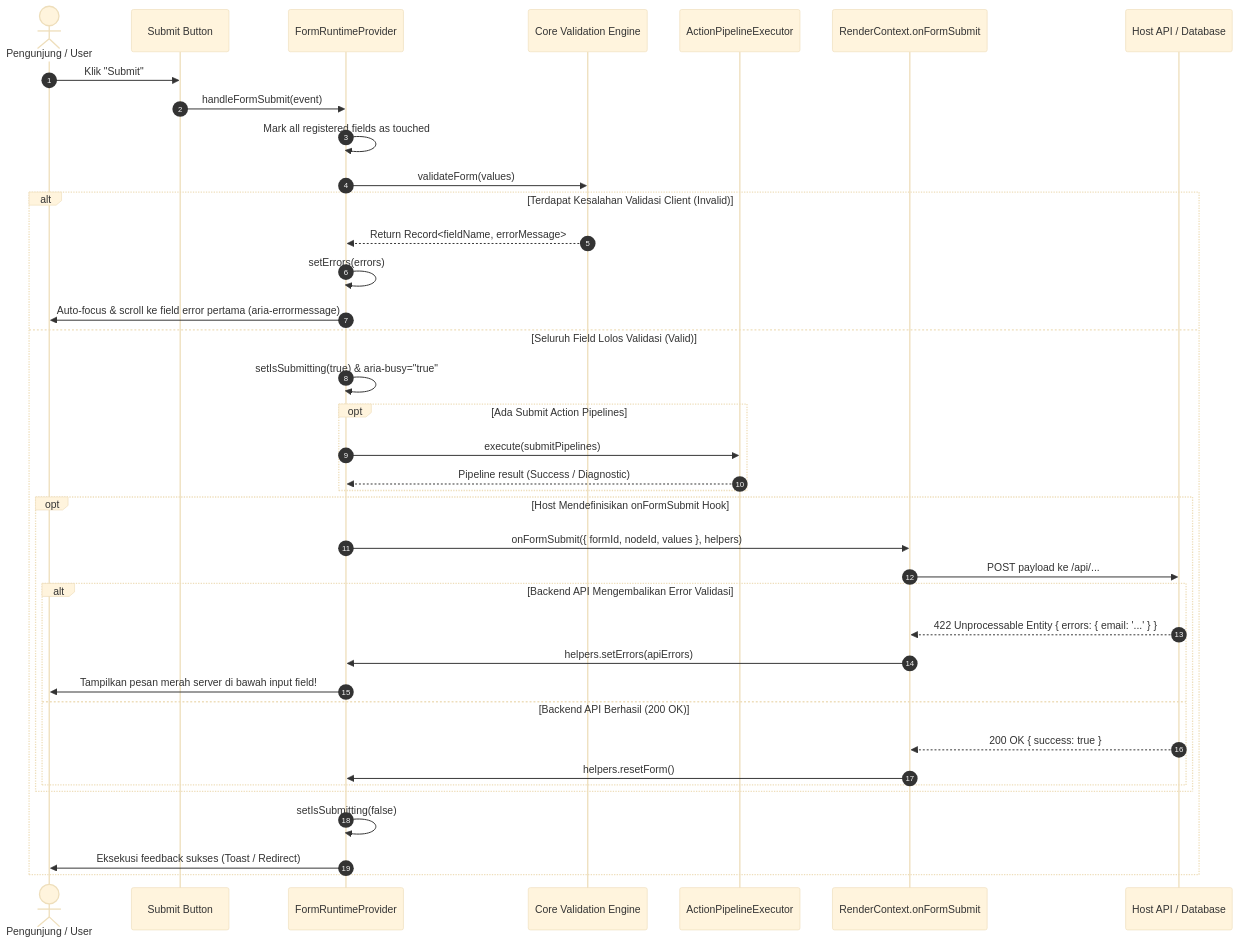
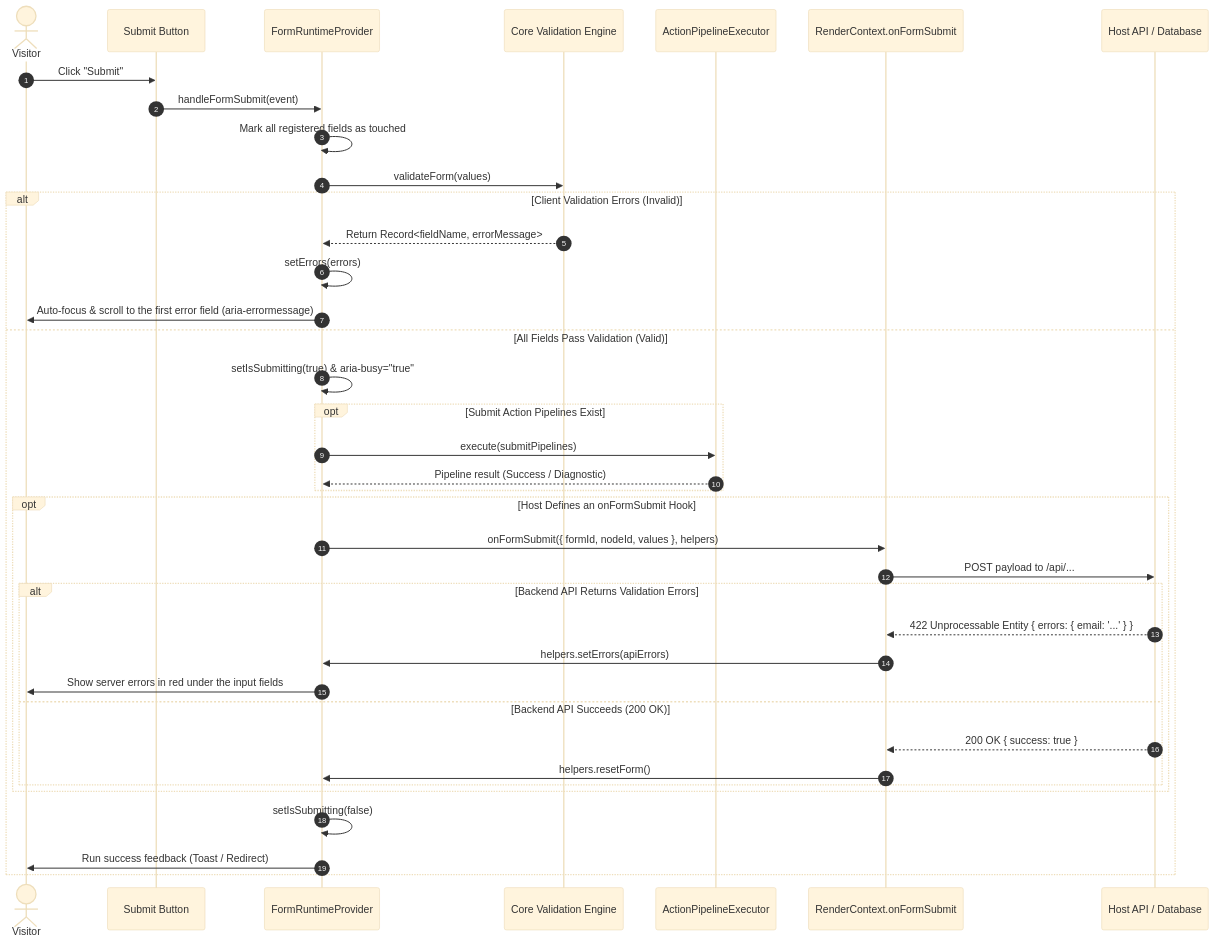
The second of 3 diagrams in apps/docs/content/docs/guides/forms-and-actions.mdx (kustora/kubuild), drawn with Mermaid (base theme) before and after one commit. The commit also changed other lines of this file and 43 other files, not shown here.

````diff
--- a/apps/docs/content/docs/guides/forms-and-actions.mdx
+++ b/apps/docs/content/docs/guides/forms-and-actions.mdx
@@ -378,45 +378,45 @@
 ```mermaid
 sequenceDiagram
     autonumber
-    actor User as Pengunjung / User
+    actor User as Visitor
     participant Button as Submit Button
     participant FormRuntime as FormRuntimeProvider
     participant Validator as Core Validation Engine
     participant ActionPipeline as ActionPipelineExecutor
     participant HostHook as RenderContext.onFormSubmit
     participant HostAPI as Host API / Database
 
-    User->>Button: Klik "Submit"
+    User->>Button: Click "Submit"
     Button->>FormRuntime: handleFormSubmit(event)
     FormRuntime->>FormRuntime: Mark all registered fields as touched
     FormRuntime->>Validator: validateForm(values)
     
-    alt Terdapat Kesalahan Validasi Client (Invalid)
+    alt Client Validation Errors (Invalid)
         Validator-->>FormRuntime: Return Record<fieldName, errorMessage>
         FormRuntime->>FormRuntime: setErrors(errors)
-        FormRuntime->>User: Auto-focus & scroll ke field error pertama (aria-errormessage)
-    else Seluruh Field Lolos Validasi (Valid)
+        FormRuntime->>User: Auto-focus & scroll to the first error field (aria-errormessage)
+    else All Fields Pass Validation (Valid)
         FormRuntime->>FormRuntime: setIsSubmitting(true) & aria-busy="true"
         
-        opt Ada Submit Action Pipelines
+        opt Submit Action Pipelines Exist
             FormRuntime->>ActionPipeline: execute(submitPipelines)
             ActionPipeline-->>FormRuntime: Pipeline result (Success / Diagnostic)
         end
         
-        opt Host Mendefinisikan onFormSubmit Hook
+        opt Host Defines an onFormSubmit Hook
             FormRuntime->>HostHook: onFormSubmit({ formId, nodeId, values }, helpers)
-            HostHook->>HostAPI: POST payload ke /api/...
-            alt Backend API Mengembalikan Error Validasi
+            HostHook->>HostAPI: POST payload to /api/...
+            alt Backend API Returns Validation Errors
                 HostAPI-->>HostHook: 422 Unprocessable Entity { errors: { email: '...' } }
                 HostHook->>FormRuntime: helpers.setErrors(apiErrors)
-                FormRuntime->>User: Tampilkan pesan merah server di bawah input field!
-            else Backend API Berhasil (200 OK)
+                FormRuntime->>User: Show server errors in red under the input fields
+            else Backend API Succeeds (200 OK)
                 HostAPI-->>HostHook: 200 OK { success: true }
                 HostHook->>FormRuntime: helpers.resetForm()
             end
         end
         
         FormRuntime->>FormRuntime: setIsSubmitting(false)
-        FormRuntime->>User: Eksekusi feedback sukses (Toast / Redirect)
+        FormRuntime->>User: Run success feedback (Toast / Redirect)
     end
 ```
````
